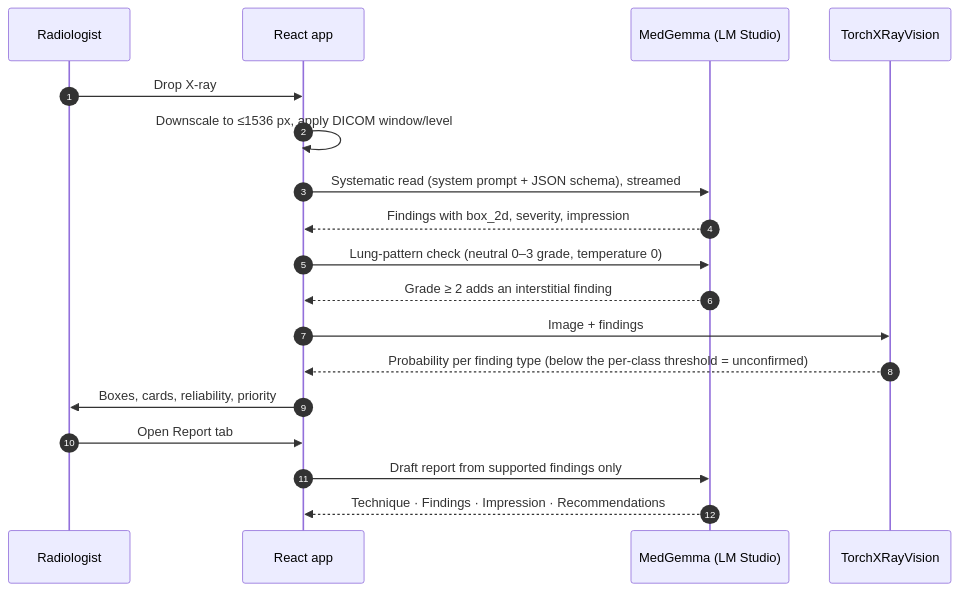
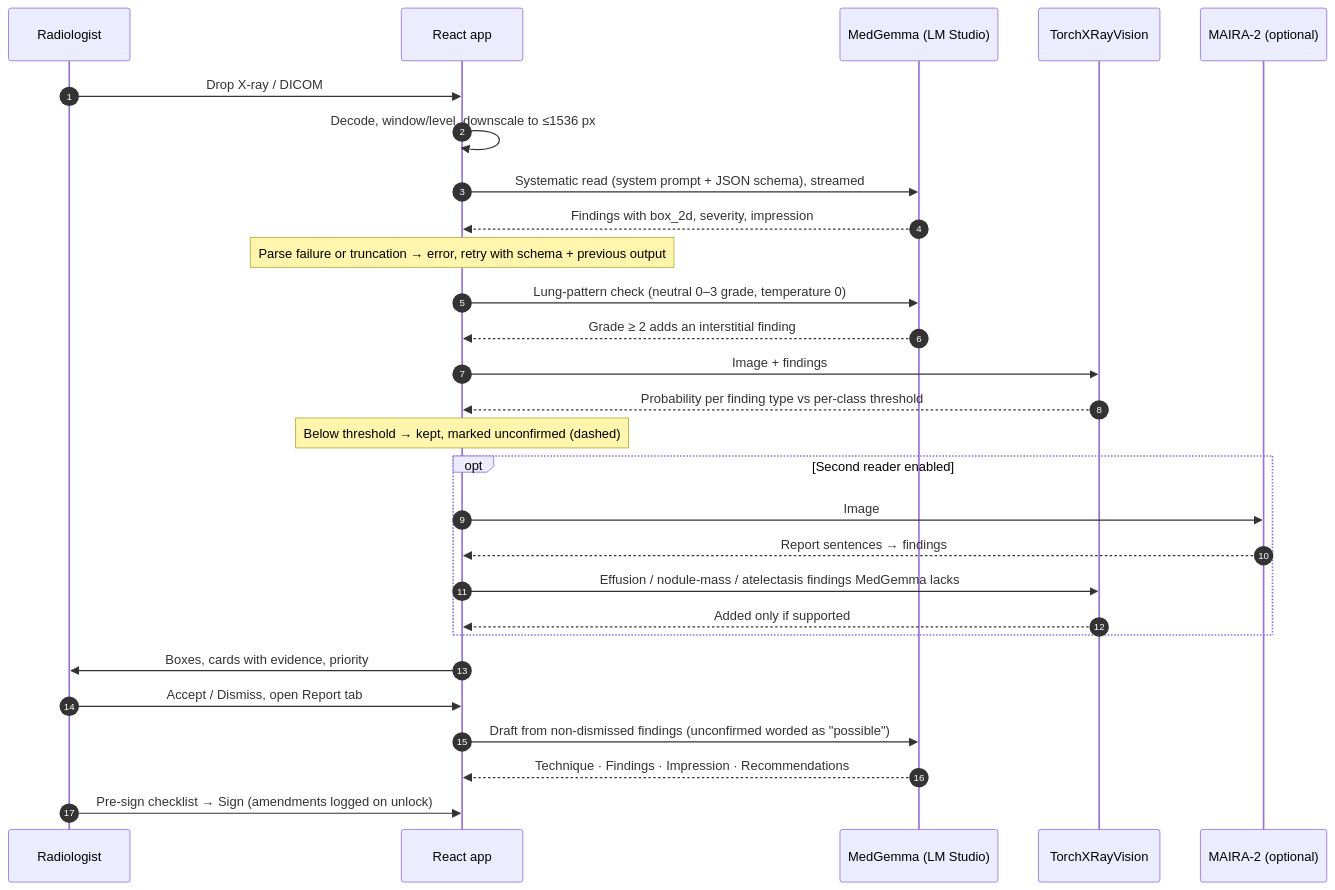
Before and after one commit to Hitheshkaranth/VoxelRadAI_Terminal: the second of 2 diagrams in README.md, drawn with Mermaid. The commit also changed other lines of this file and 12 other files, not shown here.

First line of the commit message:
README: live screenshots, sample report, current architecture

````diff
--- a/README.md
+++ b/README.md
@@ -104,20 +139,30 @@
 ```mermaid
 sequenceDiagram
     autonumber
     participant U as Radiologist
     participant A as React app
     participant M as MedGemma (LM Studio)
     participant C as TorchXRayVision
-    U->>A: Drop X-ray
-    A->>A: Downscale to ≤1536 px, apply DICOM window/level
+    participant R as MAIRA-2 (optional)
+    U->>A: Drop X-ray / DICOM
+    A->>A: Decode, window/level, downscale to ≤1536 px
     A->>M: Systematic read (system prompt + JSON schema), streamed
     M-->>A: Findings with box_2d, severity, impression
+    Note over A: Parse failure or truncation → error, retry with schema + previous output
     A->>M: Lung-pattern check (neutral 0–3 grade, temperature 0)
     M-->>A: Grade ≥ 2 adds an interstitial finding
     A->>C: Image + findings
-    C-->>A: Probability per finding type (below the per-class threshold = unconfirmed)
-    A->>U: Boxes, cards, reliability, priority
-    U->>A: Open Report tab
-    A->>M: Draft report from supported findings only
+    C-->>A: Probability per finding type vs per-class threshold
+    Note over A: Below threshold → kept, marked unconfirmed (dashed)
+    opt Second reader enabled
+        A->>R: Image
+        R-->>A: Report sentences → findings
+        A->>C: Effusion / nodule-mass / atelectasis findings MedGemma lacks
+        C-->>A: Added only if supported
+    end
+    A->>U: Boxes, cards with evidence, priority
+    U->>A: Accept / Dismiss, open Report tab
+    A->>M: Draft from non-dismissed findings (unconfirmed worded as "possible")
     M-->>A: Technique · Findings · Impression · Recommendations
+    U->>A: Pre-sign checklist → Sign (amendments logged on unlock)
 ```
````
